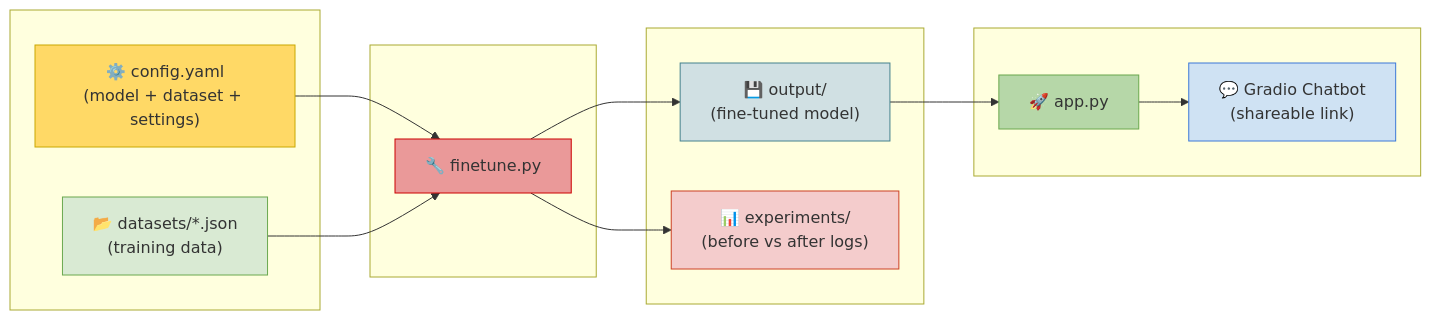
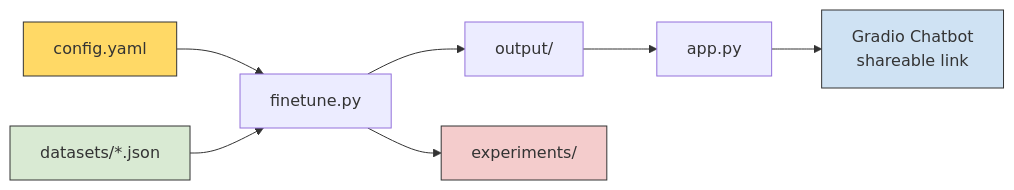
Before and after one commit to ratulalahy/nlp_course_sample_chat_fine_tune: the first of 2 diagrams in GUIDE.md, drawn with Mermaid. The commit also changed other lines of this file and 1 other file, not shown here.

Commit message:
style: revert mermaid diagrams to clean version, remove emojis

````diff
--- a/GUIDE.md
+++ b/GUIDE.md
@@ -9,36 +9,14 @@
 ```mermaid
 flowchart LR
-    subgraph inputs [" "]
-        A["⚙️ config.yaml\n(model + dataset + settings)"]
-        D["📂 datasets/*.json\n(training data)"]
-    end
+    A[config.yaml] --> B[finetune.py]
+    D[datasets/*.json] --> B
+    B --> E[output/]
+    B --> F[experiments/]
+    E --> G[app.py]
+    G --> H[Gradio Chatbot\n shareable link]
 
-    subgraph training [" "]
-        B["🔧 finetune.py"]
-    end
-
-    subgraph outputs [" "]
-        E["💾 output/\n(fine-tuned model)"]
-        F["📊 experiments/\n(before vs after logs)"]
-    end
-
-    subgraph deploy [" "]
-        G["🚀 app.py"]
-        H["💬 Gradio Chatbot\n(shareable link)"]
-    end
-
-    A --> B
-    D --> B
-    B --> E
-    B --> F
-    E --> G
-    G --> H
-
-    style A fill:#ffd966,stroke:#c9a800,color:#333
-    style D fill:#d9ead3,stroke:#6aa84f,color:#333
-    style B fill:#ea9999,stroke:#cc0000,color:#333
-    style E fill:#d0e0e3,stroke:#45818e,color:#333
-    style F fill:#f4cccc,stroke:#cc4125,color:#333
-    style G fill:#b6d7a8,stroke:#6aa84f,color:#333
-    style H fill:#cfe2f3,stroke:#3c78d8,color:#333
+    style A fill:#ffd966,stroke:#333
+    style D fill:#d9ead3,stroke:#333
+    style H fill:#cfe2f3,stroke:#333
+    style F fill:#f4cccc,stroke:#333
 ```
````
